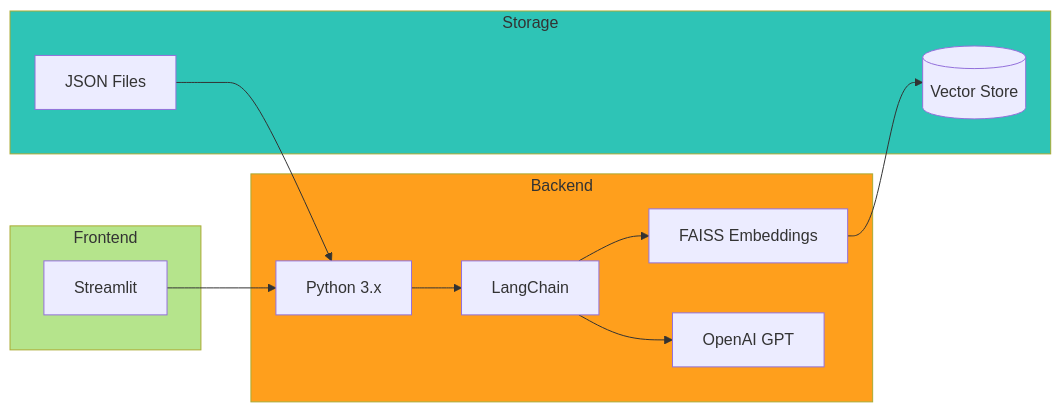
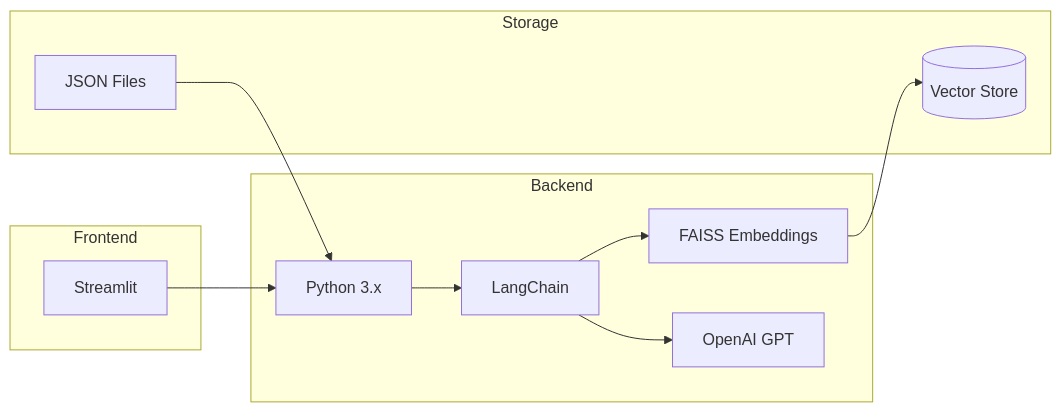
Before and after one commit to Shahizhsj/Atlan_Assignment: the second of 3 diagrams in README.md, drawn with Mermaid.

````diff
--- a/README.md
+++ b/README.md
@@ -54,29 +54,25 @@
 ```mermaid
 graph LR
     subgraph Frontend
         ST[Streamlit]
     end
     
     subgraph Backend
         PY[Python 3.x]
         LC[LangChain]
         FE[FAISS Embeddings]
         OAI[OpenAI GPT]
     end
     
     subgraph Storage
         JSON[JSON Files]
         VS[(Vector Store)]
     end
     
     ST --> PY
     PY --> LC
     LC --> FE
     LC --> OAI
     FE --> VS
     JSON --> PY
-    
-    style Frontend fill:#b5e48c
-    style Backend fill:#ff9f1c
-    style Storage fill:#2ec4b6
 ```
````
